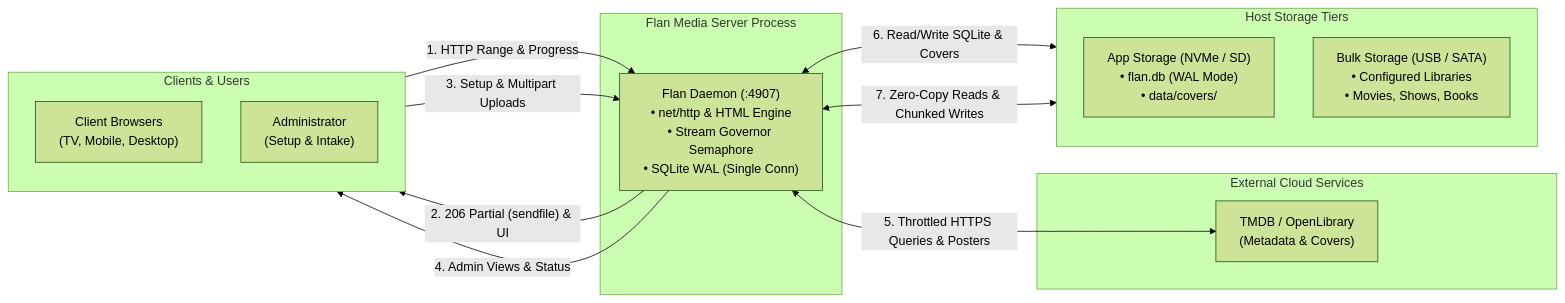
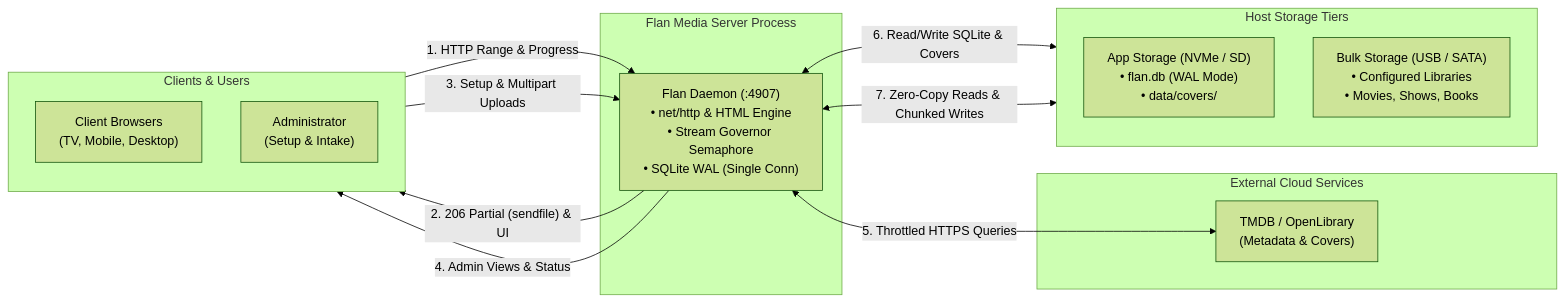
The first of 6 diagrams in docs/diagrams/data-flow.md (WesleyEsq/Flan-Media-Server), drawn with Mermaid (forest theme) before and after one commit. The commit also changed other lines of this file and 14 other files, not shown here.

````diff
--- a/docs/diagrams/data-flow.md
+++ b/docs/diagrams/data-flow.md
@@ -11,37 +11,30 @@
 ```mermaid
 flowchart LR
     subgraph Clients["Clients & Users"]
         direction TB
         Browser["Client Browsers<br/>(TV, Mobile, Desktop)"]
         Admin["Administrator<br/>(Setup & Intake)"]
     end
 
     subgraph Core["Flan Media Server Process"]
         Daemon["Flan Daemon (:4907)<br/>• net/http & HTML Engine<br/>• Stream Governor Semaphore<br/>• SQLite WAL (Single Conn)"]
     end
 
     subgraph External["External Cloud Services"]
         TMDB["TMDB / OpenLibrary<br/>(Metadata & Covers)"]
     end
 
     subgraph Storage["Host Storage Tiers"]
         direction TB
         AppData["App Storage (NVMe / SD)<br/>• flan.db (WAL Mode)<br/>• data/covers/"]
         BulkMedia["Bulk Storage (USB / SATA)<br/>• Configured Libraries<br/>• Movies, Shows, Books"]
     end
 
-    %% Client Interactions
     Browser -->|"1. HTTP Range & Progress"| Daemon
     Daemon -->|"2. 206 Partial (sendfile) & UI"| Browser
-
-    %% Admin Interactions
     Admin -->|"3. Setup & Multipart Uploads"| Daemon
     Daemon -->|"4. Admin Views & Status"| Admin
-
-    %% Upstream Metadata
-    Daemon <-->|"5. Throttled HTTPS Queries & Posters"| TMDB
-
-    %% Storage Interactions
+    Daemon <-->|"5. Throttled HTTPS Queries"| TMDB
     Daemon <-->|"6. Read/Write SQLite & Covers"| AppData
     Daemon <-->|"7. Zero-Copy Reads & Chunked Writes"| BulkMedia
 ```
````
